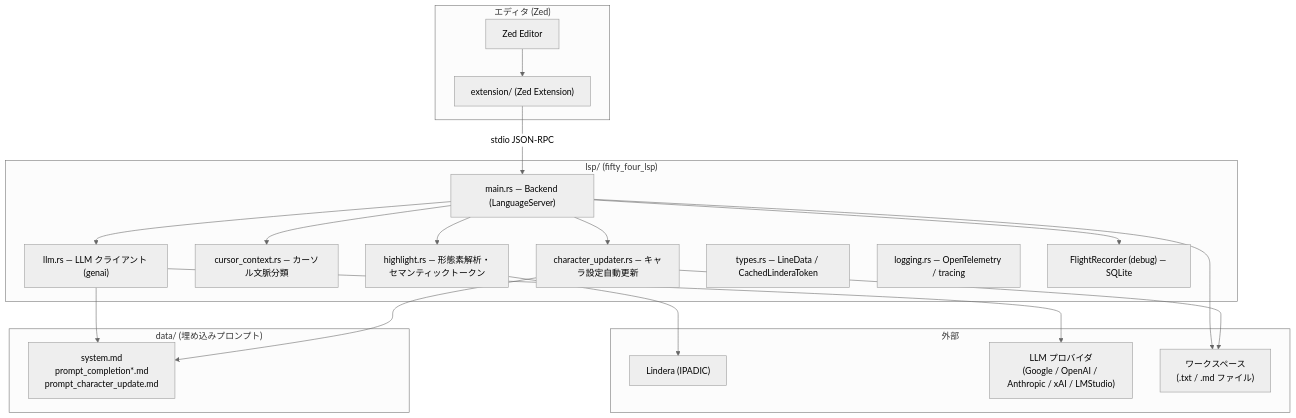
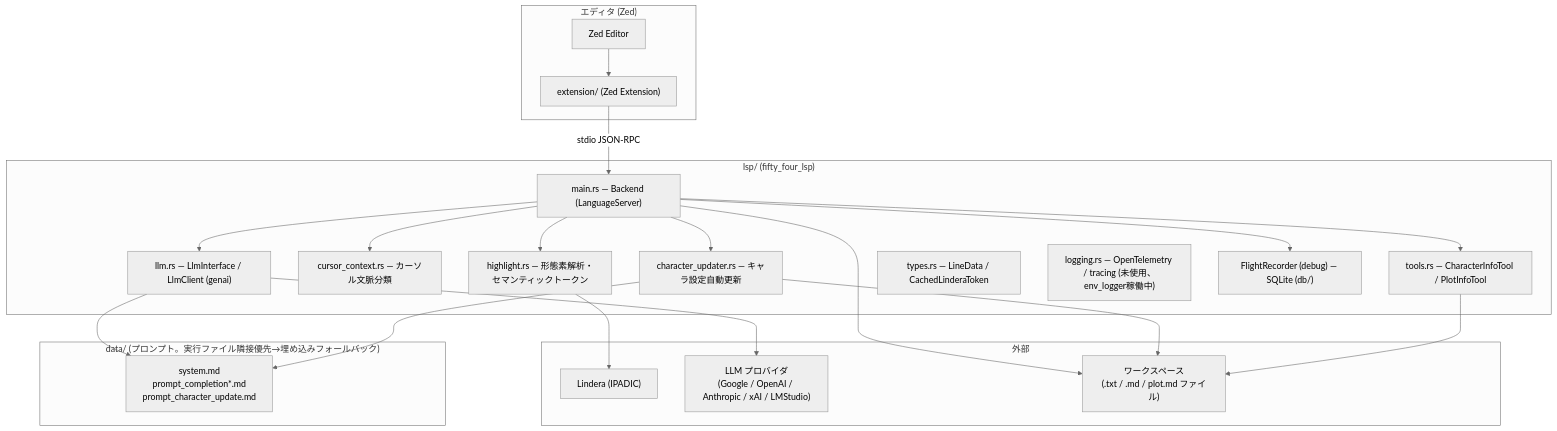
Before and after one commit to Talos208/fifty_four: the first of 2 diagrams in docs/architecture.md, drawn with Mermaid (neutral theme). The commit also changed other lines of this file and 22 other files, not shown here.

First line of the commit message:
feat: PlotInfoTool・LSPバイナリ探索・配布パッケージングを整備

````diff
--- a/docs/architecture.md
+++ b/docs/architecture.md
@@ -5,42 +5,45 @@
 ```mermaid
 flowchart TB
     subgraph Editor["エディタ (Zed)"]
         Zed["Zed Editor"]
         Ext["extension/ (Zed Extension)"]
     end
 
     subgraph LSP["lsp/ (fifty_four_lsp)"]
         Main["main.rs — Backend (LanguageServer)"]
         HL["highlight.rs — 形態素解析・セマンティックトークン"]
         CC["cursor_context.rs — カーソル文脈分類"]
-        LLM["llm.rs — LLM クライアント (genai)"]
+        LLM["llm.rs — LlmInterface / LlmClient (genai)"]
         CU["character_updater.rs — キャラ設定自動更新"]
+        Tools["tools.rs — CharacterInfoTool / PlotInfoTool"]
         Types["types.rs — LineData / CachedLinderaToken"]
-        Log["logging.rs — OpenTelemetry / tracing"]
-        DB["FlightRecorder (debug) — SQLite"]
+        Log["logging.rs — OpenTelemetry / tracing (未使用、env_logger稼働中)"]
+        DB["FlightRecorder (debug) — SQLite (db/)"]
     end
 
     subgraph External["外部"]
         Lindera["Lindera (IPADIC)"]
         Providers["LLM プロバイダ\n(Google / OpenAI / Anthropic / xAI / LMStudio)"]
-        WS["ワークスペース\n(.txt / .md ファイル)"]
+        WS["ワークスペース\n(.txt / .md / plot.md ファイル)"]
     end
 
-    subgraph Assets["data/ (埋め込みプロンプト)"]
+    subgraph Assets["data/ (プロンプト。実行ファイル隣接優先→埋め込みフォールバック)"]
         Prompts["system.md\nprompt_completion*.md\nprompt_character_update.md"]
     end
 
     Zed --> Ext
     Ext -->|"stdio JSON-RPC"| Main
     Main --> HL
     Main --> CC
     Main --> LLM
     Main --> CU
+    Main --> Tools
     Main --> DB
     HL --> Lindera
     LLM --> Providers
     LLM --> Prompts
     CU --> Prompts
     Main --> WS
     CU --> WS
+    Tools --> WS
 ```
````
